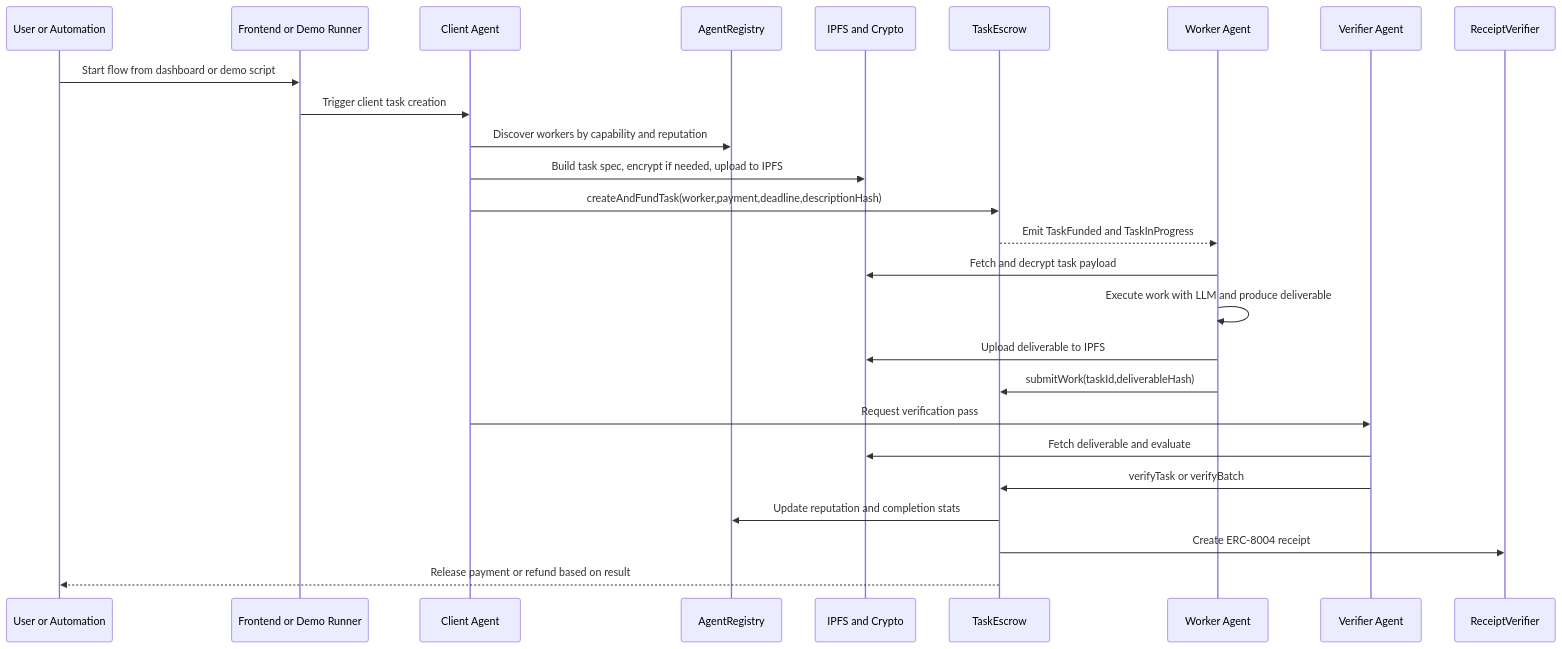
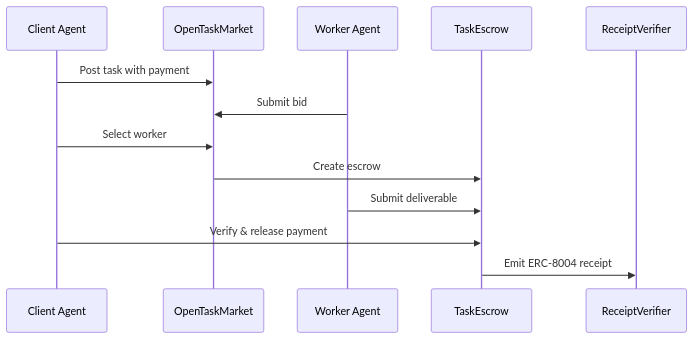
The diagram in README.md (Varun-ai07/COVENANT), drawn with Mermaid before and after one commit. The commit also changed other lines of this file, not shown here.

````diff
--- a/README.md
+++ b/README.md
@@ -145,29 +136,16 @@
 ```mermaid
 sequenceDiagram
-    participant U as User or Automation
-    participant FE as Frontend or Demo Runner
     participant C as Client Agent
-    participant R as AgentRegistry
-    participant D as IPFS and Crypto
+    participant M as OpenTaskMarket
+    participant W as Worker Agent
     participant E as TaskEscrow
-    participant W as Worker Agent
-    participant V as Verifier Agent
-    participant RV as ReceiptVerifier
+    participant R as ReceiptVerifier
 
-    U->>FE: Start flow from dashboard or demo script
-    FE->>C: Trigger client task creation
-    C->>R: Discover workers by capability and reputation
-    C->>D: Build task spec, encrypt if needed, upload to IPFS
-    C->>E: createAndFundTask(worker,payment,deadline,descriptionHash)
-    E-->>W: Emit TaskFunded and TaskInProgress
-    W->>D: Fetch and decrypt task payload
-    W->>W: Execute work with LLM and produce deliverable
-    W->>D: Upload deliverable to IPFS
-    W->>E: submitWork(taskId,deliverableHash)
-    C->>V: Request verification pass
-    V->>D: Fetch deliverable and evaluate
-    V->>E: verifyTask or verifyBatch
-    E->>R: Update reputation and completion stats
-    E->>RV: Create ERC-8004 receipt
-    E-->>U: Release payment or refund based on result
+    C->>M: Post task with payment
+    W->>M: Submit bid
+    C->>M: Select worker
+    M->>E: Create escrow
+    W->>E: Submit deliverable
+    C->>E: Verify & release payment
+    E->>R: Emit ERC-8004 receipt
 ```
````
